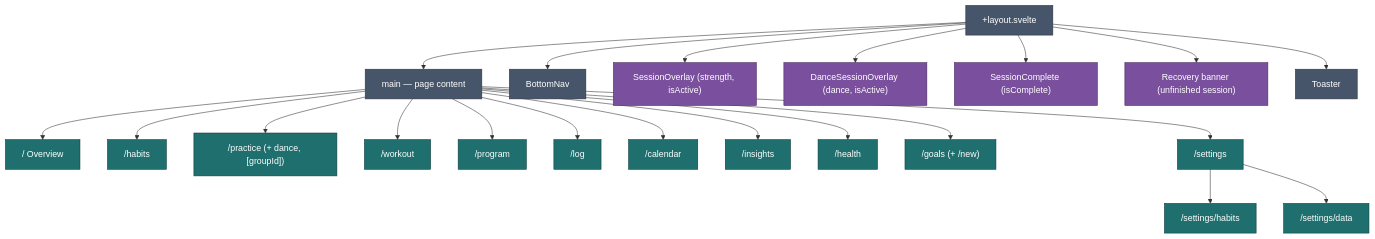
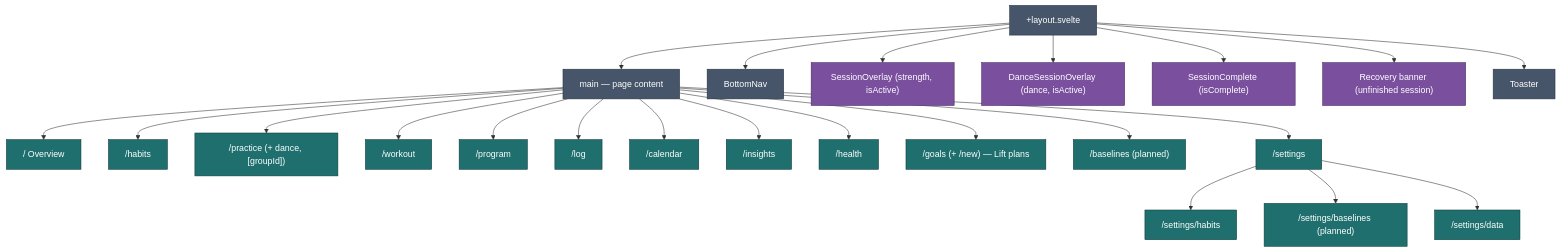
Before and after one commit to jermbo/CosmicWorkOut: the first of 2 diagrams in docs/implementation/app-structure.md, drawn with Mermaid. The commit also changed other lines of this file and 18 other files, not shown here.

First line of the commit message:
Update documentation for Lift plans and Baselines in v1.9.0

````diff
--- a/docs/implementation/app-structure.md
+++ b/docs/implementation/app-structure.md
@@ -36,32 +38,34 @@
 ```mermaid
 flowchart TB
     Layout["+layout.svelte"]
     Layout --> Main["main — page content"]
     Layout --> Nav[BottomNav]
     Layout --> Overlay["SessionOverlay (strength, isActive)"]
     Layout --> Dance["DanceSessionOverlay (dance, isActive)"]
     Layout --> Complete["SessionComplete (isComplete)"]
     Layout --> Recovery["Recovery banner (unfinished session)"]
     Layout --> Toast["Toaster"]
 
     Main --> Today["/ Overview"]
     Main --> Habits["/habits"]
     Main --> Practice["/practice (+ dance, [groupId])"]
     Main --> Workout["/workout"]
     Main --> Program["/program"]
     Main --> Log["/log"]
     Main --> Calendar["/calendar"]
     Main --> Insights["/insights"]
     Main --> Health["/health"]
-    Main --> Goals["/goals (+ /new)"]
+    Main --> Goals["/goals (+ /new) — Lift plans"]
+    Main --> Baselines["/baselines (planned)"]
     Main --> Settings["/settings"]
     Settings --> SettingsHab["/settings/habits"]
+    Settings --> SettingsBaselines["/settings/baselines (planned)"]
     Settings --> SettingsData["/settings/data"]
 
     classDef shell fill:#465569,stroke:#28313e,color:#ffffff;
     classDef overlay fill:#7a4f9e,stroke:#46295c,color:#ffffff;
     classDef route fill:#1f6f6f,stroke:#0f3a3a,color:#ffffff;
     class Layout,Main,Nav,Toast shell;
     class Overlay,Dance,Complete,Recovery overlay;
-    class Today,Habits,Practice,Workout,Program,Log,Calendar,Insights,Health,Goals,Settings,SettingsHab,SettingsData route;
+    class Today,Habits,Practice,Workout,Program,Log,Calendar,Insights,Health,Goals,Baselines,Settings,SettingsHab,SettingsBaselines,SettingsData route;
 ```
````
